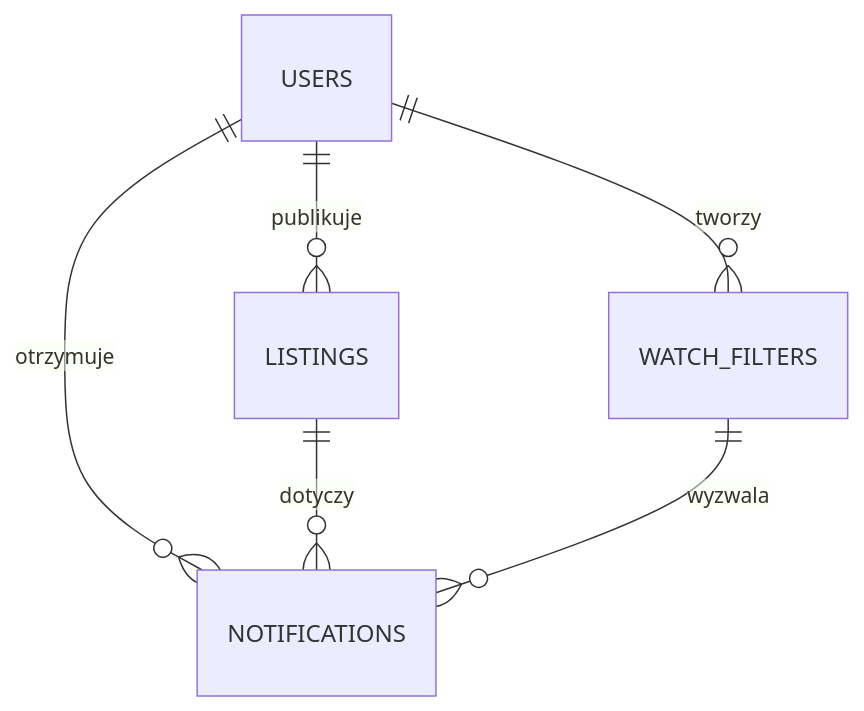
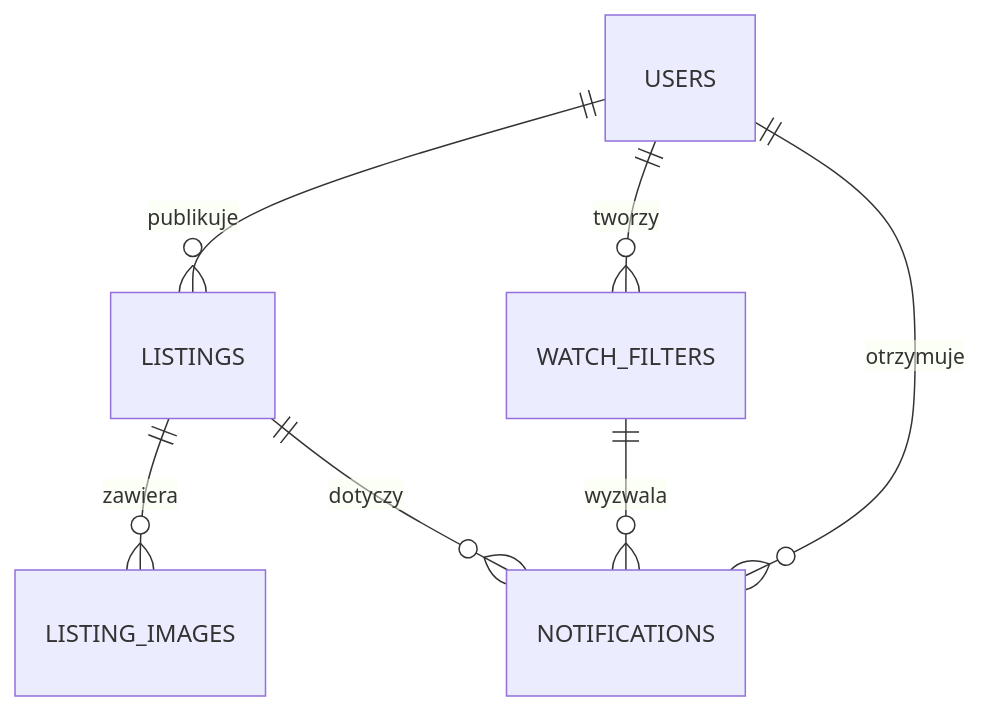
One commit to LastMinuteGameStudio/smieciarka.pl changed the second of 2 diagrams in backend/docs/stan-obecny.md. Above: the diagram before and after it, drawn with Mermaid. The commit also changed other lines of this file and 17 other files, not shown here.

````diff
--- a/backend/docs/stan-obecny.md
+++ b/backend/docs/stan-obecny.md
@@ -171,8 +200,9 @@
 ```mermaid
 erDiagram
     USERS ||--o{ LISTINGS : publikuje
     USERS ||--o{ WATCH_FILTERS : tworzy
     USERS ||--o{ NOTIFICATIONS : otrzymuje
+    LISTINGS ||--o{ LISTING_IMAGES : zawiera
     LISTINGS ||--o{ NOTIFICATIONS : dotyczy
     WATCH_FILTERS ||--o{ NOTIFICATIONS : wyzwala
 ```
````
